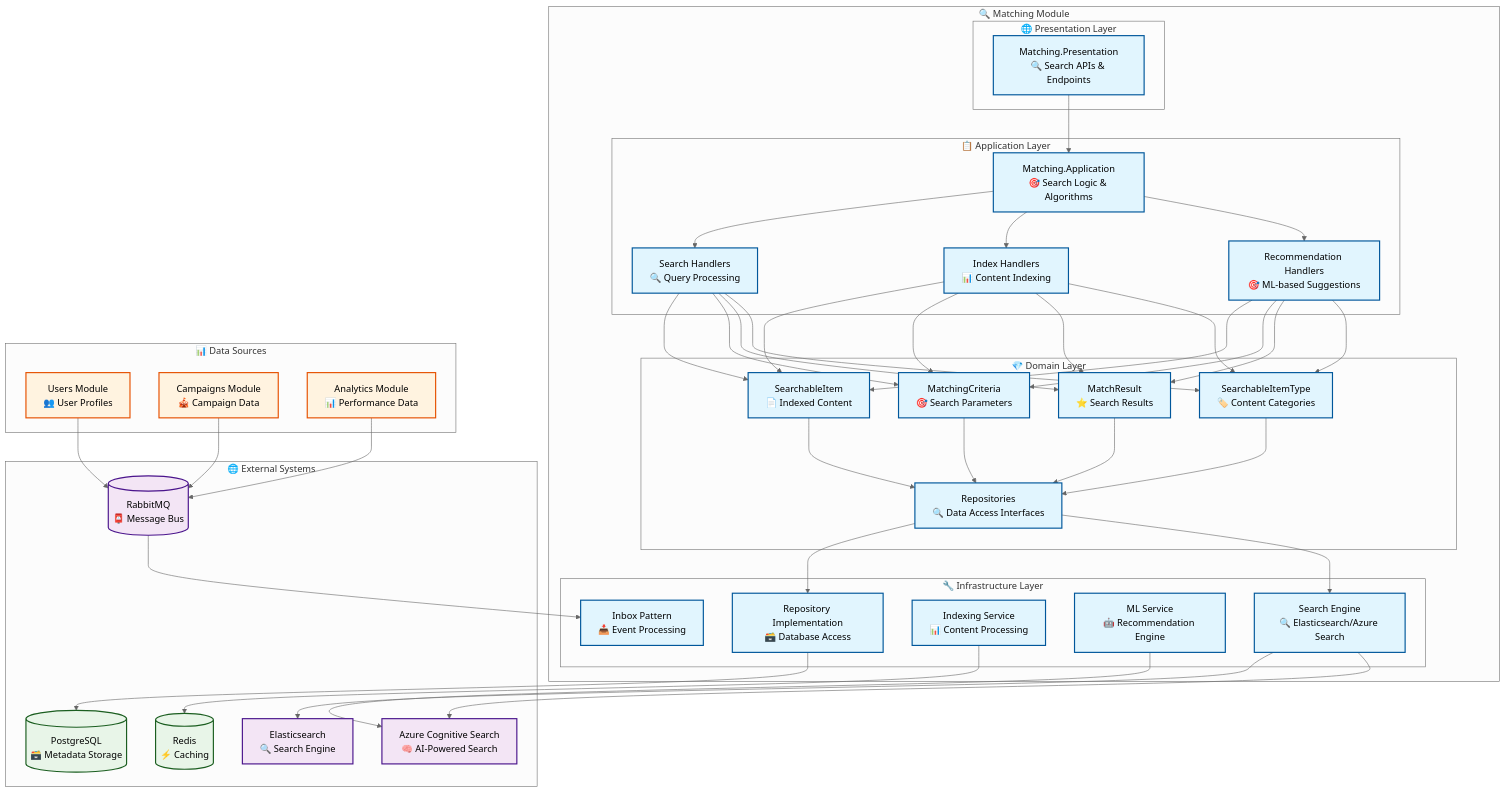
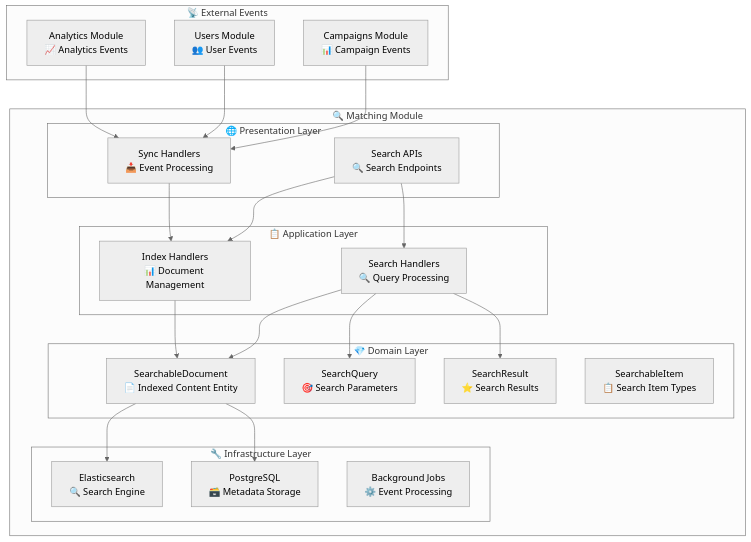
The diagram in docs/modules/matching/README.md (IIIA-KO/Lanka), drawn with Mermaid (neutral theme) before and after one commit. The commit also changed other lines of this file and 3 other files, not shown here.

````diff
--- a/docs/modules/matching/README.md
+++ b/docs/modules/matching/README.md
@@ -23,67 +23,42 @@
 ```mermaid
 graph TB
     subgraph "🔍 Matching Module"
         subgraph "🌐 Presentation Layer"
-            MP[Matching.Presentation<br/>🔍 Search APIs & Endpoints]
+            MP[Search APIs<br/>🔍 Search Endpoints]
+            SYNC[Sync Handlers<br/>📥 Event Processing]
         end
         
         subgraph "📋 Application Layer"
-            MA[Matching.Application<br/>🎯 Search Logic & Algorithms]
             SCH[Search Handlers<br/>🔍 Query Processing]
-            ICH[Index Handlers<br/>📊 Content Indexing]
-            RCH[Recommendation Handlers<br/>🎯 ML-based Suggestions]
+            ICH[Index Handlers<br/>📊 Document Management]
         end
         
         subgraph "💎 Domain Layer"
-            SI[SearchableItem<br/>📄 Indexed Content]
-            MC[MatchingCriteria<br/>🎯 Search Parameters]
-            MR[MatchResult<br/>⭐ Search Results]
-            SIT[SearchableItemType<br/>🏷️ Content Categories]
-            REPO[Repositories<br/>🔍 Data Access Interfaces]
+            SD[SearchableDocument<br/>📄 Indexed Content Entity]
+            SQ[SearchQuery<br/>🎯 Search Parameters]
+            SR[SearchResult<br/>⭐ Search Results]
+            SI[SearchableItem<br/>📋 Search Item Types]
         end
         
         subgraph "🔧 Infrastructure Layer"
-            SEARCH[Search Engine<br/>🔍 Elasticsearch/Azure Search]
-            IMPL[Repository Implementation<br/>🗃️ Database Access]
-            INDEX[Indexing Service<br/>📊 Content Processing]
-            ML[ML Service<br/>🤖 Recommendation Engine]
-            INBOX[Inbox Pattern<br/>📥 Event Processing]
+            ES[Elasticsearch<br/>🔍 Search Engine]
+            PG[PostgreSQL<br/>🗃️ Metadata Storage]
+            JOBS[Background Jobs<br/>⚙️ Event Processing]
         end
     end
     
-    subgraph "🌐 External Systems"
-        ES[Elasticsearch<br/>🔍 Search Engine]
-        POSTGRES[(PostgreSQL<br/>🗃️ Metadata Storage)]
-        REDIS[(Redis<br/>⚡ Caching)]
-        MB[(RabbitMQ<br/>📮 Message Bus)]
-        AZURE[Azure Cognitive Search<br/>🧠 AI-Powered Search]
+    subgraph "📡 External Events"
+        CAMPAIGNS[Campaigns Module<br/>📊 Campaign Events]
+        USERS[Users Module<br/>👥 User Events]
+        ANALYTICS[Analytics Module<br/>📈 Analytics Events]
     end
     
-    subgraph "📊 Data Sources"
-        USERS[Users Module<br/>👥 User Profiles]
-        CAMPAIGNS[Campaigns Module<br/>🎪 Campaign Data]
-        ANALYTICS[Analytics Module<br/>📊 Performance Data]
-    end
-    
-    MP --> MA
-    MA --> SCH & ICH & RCH
-    SCH & ICH & RCH --> SI & MC & MR & SIT
-    SI & MC & MR & SIT --> REPO
-    REPO --> IMPL & SEARCH
-    IMPL --> POSTGRES
-    SEARCH --> ES & AZURE
-    INDEX --> REDIS
-    ML --> AZURE
-    MB --> INBOX
-    USERS & CAMPAIGNS & ANALYTICS --> MB
-    
-    classDef moduleStyle fill:#e1f5fe,stroke:#01579b,stroke-width:2px
-    classDef infraStyle fill:#f3e5f5,stroke:#4a148c,stroke-width:2px
-    classDef dataStyle fill:#e8f5e8,stroke:#1b5e20,stroke-width:2px
-    classDef sourceStyle fill:#fff3e0,stroke:#e65100,stroke-width:2px
-    
-    class MP,MA,SCH,ICH,RCH,SI,MC,MR,SIT,REPO,IMPL,SEARCH,INDEX,ML,INBOX moduleStyle
-    class ES,AZURE,MB infraStyle
-    class POSTGRES,REDIS dataStyle
-    class USERS,CAMPAIGNS,ANALYTICS sourceStyle
+    MP --> SCH & ICH
+    SCH --> SD & SQ & SR
+    ICH --> SD
+    SD --> ES & PG
+    SYNC --> ICH
+    CAMPAIGNS --> SYNC
+    USERS --> SYNC
+    ANALYTICS --> SYNC
 ```
````
